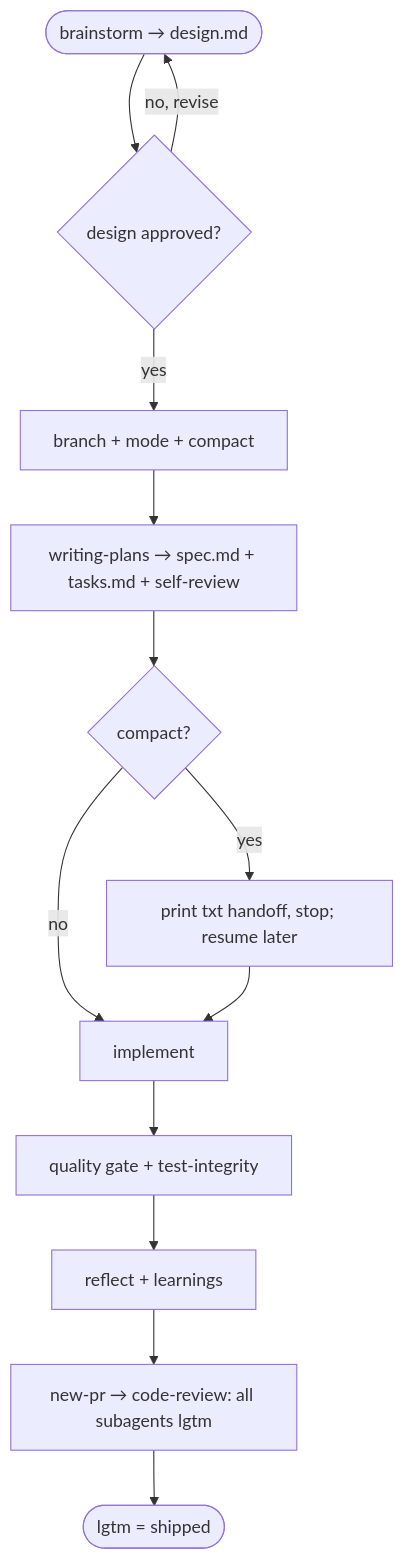
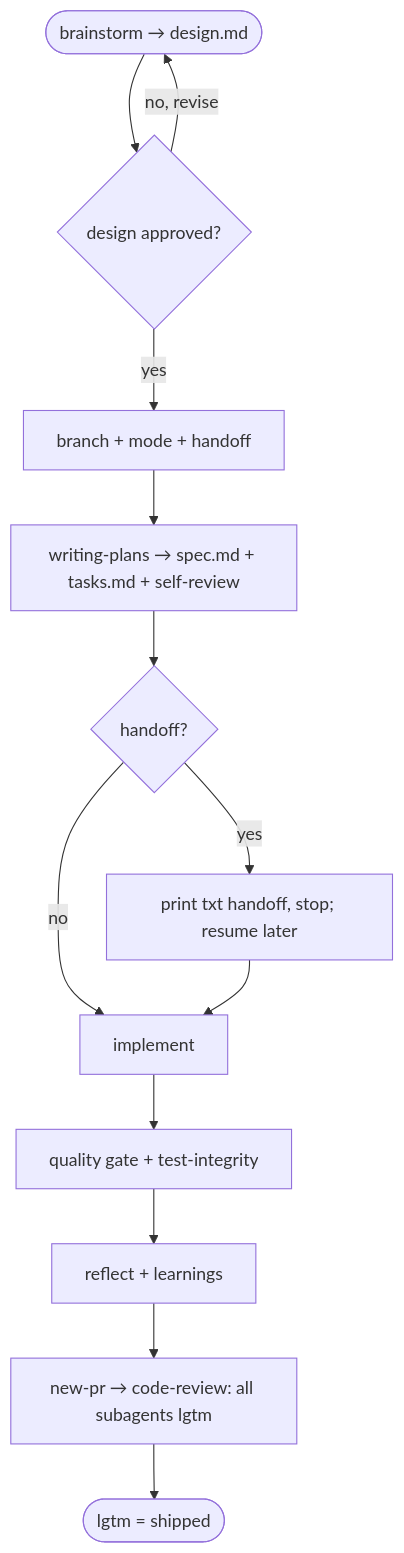
Before and after one commit to ribeirogab/specwright: the diagram in AGENTS.md, drawn with Mermaid. The commit also changed other lines of this file and 15 other files, not shown here.

First line of the commit message:
docs: rename post-design 'compact' choice to 'handoff'

````diff
--- a/AGENTS.md
+++ b/AGENTS.md
@@ -30,15 +30,15 @@
 ```mermaid
 flowchart TD
     A(["brainstorm → design.md"]) --> B{"design approved?"}
     B -- "no, revise" --> A
-    B -- yes --> C["branch + mode + compact"]
+    B -- yes --> C["branch + mode + handoff"]
     C --> D["writing-plans → spec.md + tasks.md + self-review"]
-    D --> E{"compact?"}
+    D --> E{"handoff?"}
     E -- yes --> F["print txt handoff, stop; resume later"]
     E -- no --> G["implement"]
     F --> G
     G --> H["quality gate + test-integrity"]
     H --> I["reflect + learnings"]
     I --> J["new-pr → code-review: all subagents lgtm"]
     J --> K(["lgtm = shipped"])
 ```
````
